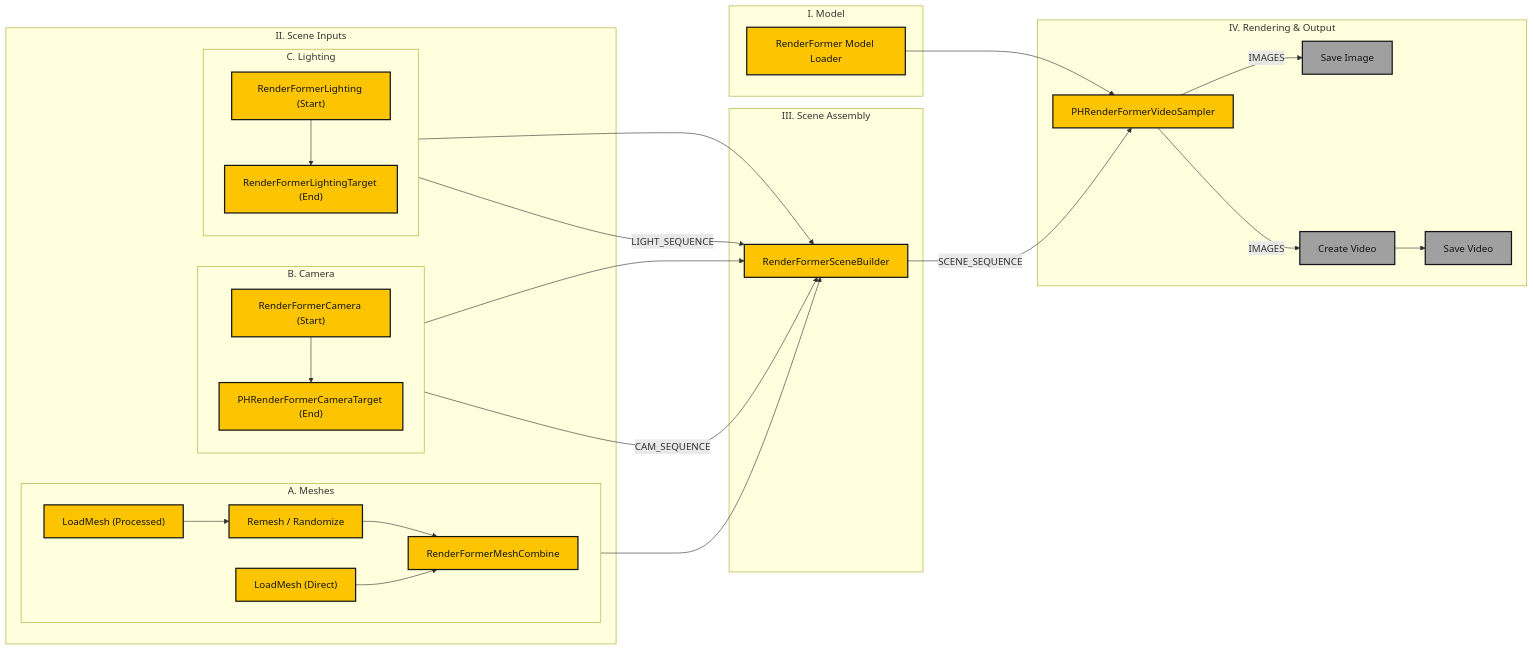
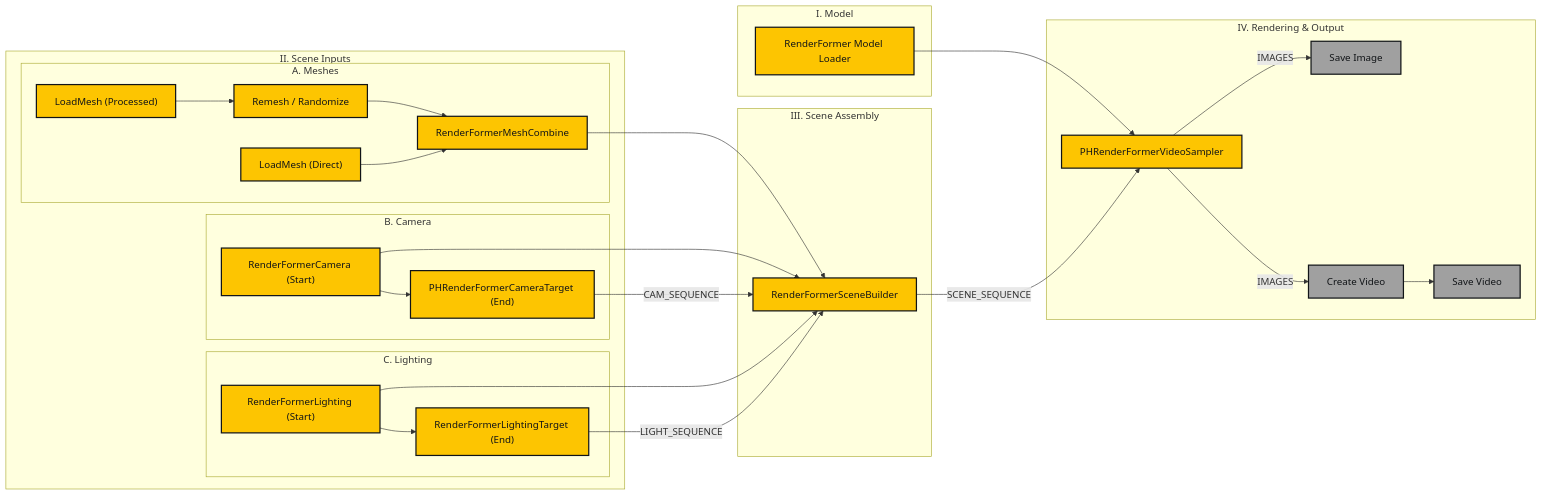
The second of 2 diagrams in README.md (paulh4x/ComfyUI_PHRenderFormerWrapper), drawn with Mermaid before and after one commit.

````diff
--- a/README.md
+++ b/README.md
@@ -130,55 +130,52 @@
 ```mermaid
 graph LR
     subgraph "I. Model"
         ModelLoader["RenderFormer Model Loader"]
     end
 
     subgraph "II. Scene Inputs"
         subgraph "A. Meshes"
-            direction LR
             Mesh1["LoadMesh (Processed)"] --> Remesh["Remesh / Randomize"] --> Combine["RenderFormerMeshCombine"]
             Mesh2["LoadMesh (Direct)"] --> Combine
         end
         
         subgraph "B. Camera"
-            direction TD
             CamStart["RenderFormerCamera (Start)"] --> CamEnd["PHRenderFormerCameraTarget (End)"]
         end
 
         subgraph "C. Lighting"
-            direction TD
             LightStart["RenderFormerLighting (Start)"] --> LightEnd["RenderFormerLightingTarget (End)"]
         end
     end
 
     subgraph "III. Scene Assembly"
         Combine --> SceneBuilder["RenderFormerSceneBuilder"]
         CamStart --> SceneBuilder
         CamEnd -- CAM_SEQUENCE --> SceneBuilder
         LightStart --> SceneBuilder
         LightEnd -- LIGHT_SEQUENCE --> SceneBuilder
     end
 
     subgraph "IV. Rendering & Output"
         Sampler["PHRenderFormerVideoSampler"]
         ModelLoader --> Sampler
         SceneBuilder -- SCENE_SEQUENCE --> Sampler
         Sampler -- IMAGES --> SaveImg["Save Image"]
         Sampler -- IMAGES --> CreateVid["Create Video"] --> SaveVid["Save Video"]
     end
 
     style ModelLoader fill:#FDC501,stroke:#111417,stroke-width:2px,color:#111417
     style Mesh1 fill:#FDC501,stroke:#111417,stroke-width:2px,color:#111417
     style Mesh2 fill:#FDC501,stroke:#111417,stroke-width:2px,color:#111417
     style Remesh fill:#FDC501,stroke:#111417,stroke-width:2px,color:#111417
     style Combine fill:#FDC501,stroke:#111417,stroke-width:2px,color:#111417
     style CamStart fill:#FDC501,stroke:#111417,stroke-width:2px,color:#111417
     style CamEnd fill:#FDC501,stroke:#111417,stroke-width:2px,color:#111417
     style LightStart fill:#FDC501,stroke:#111417,stroke-width:2px,color:#111417
     style LightEnd fill:#FDC501,stroke:#111417,stroke-width:2px,color:#111417
     style SceneBuilder fill:#FDC501,stroke:#111417,stroke-width:2px,color:#111417
     style Sampler fill:#FDC501,stroke:#111417,stroke-width:2px,color:#111417
     style SaveImg fill:#a0a0a0,stroke:#111417,stroke-width:2px,color:#111417
     style CreateVid fill:#a0a0a0,stroke:#111417,stroke-width:2px,color:#111417
     style SaveVid fill:#a0a0a0,stroke:#111417,stroke-width:2px,color:#111417
 ```
````
